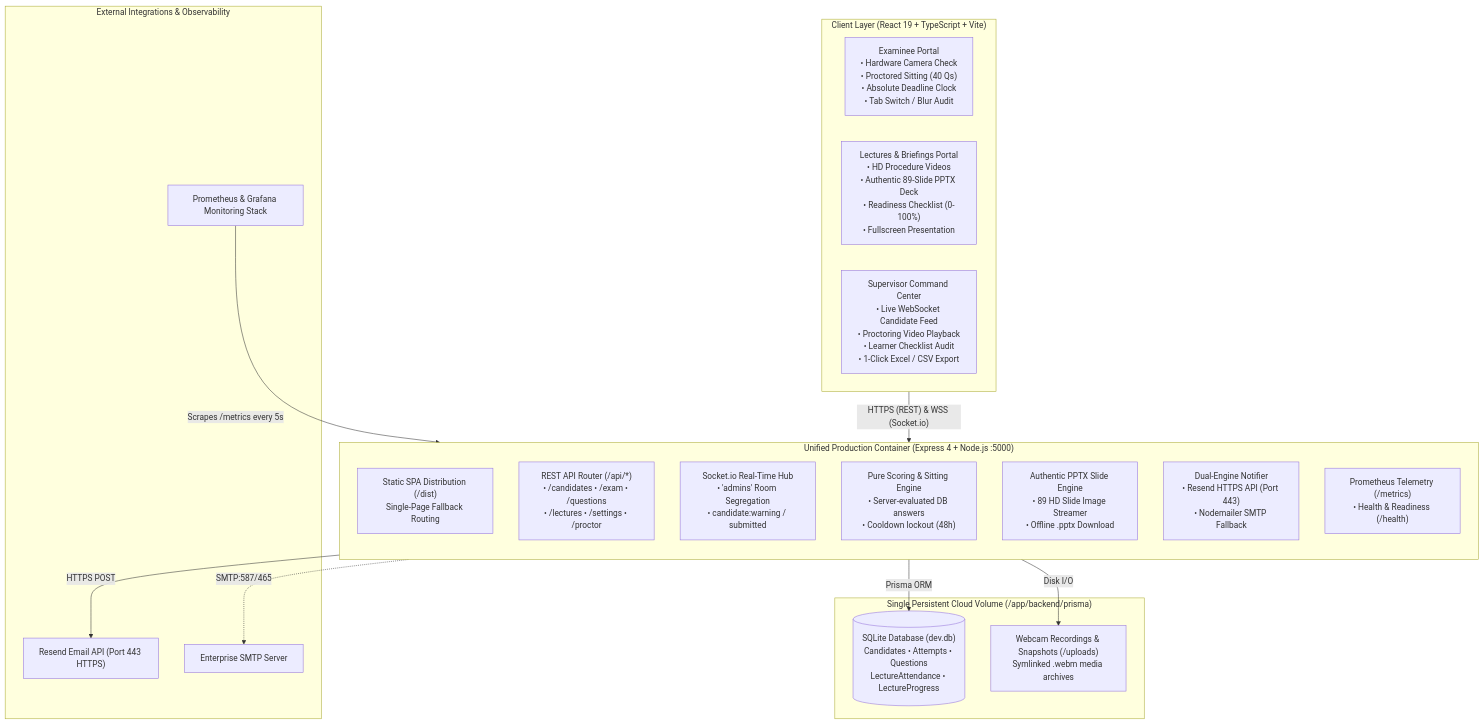
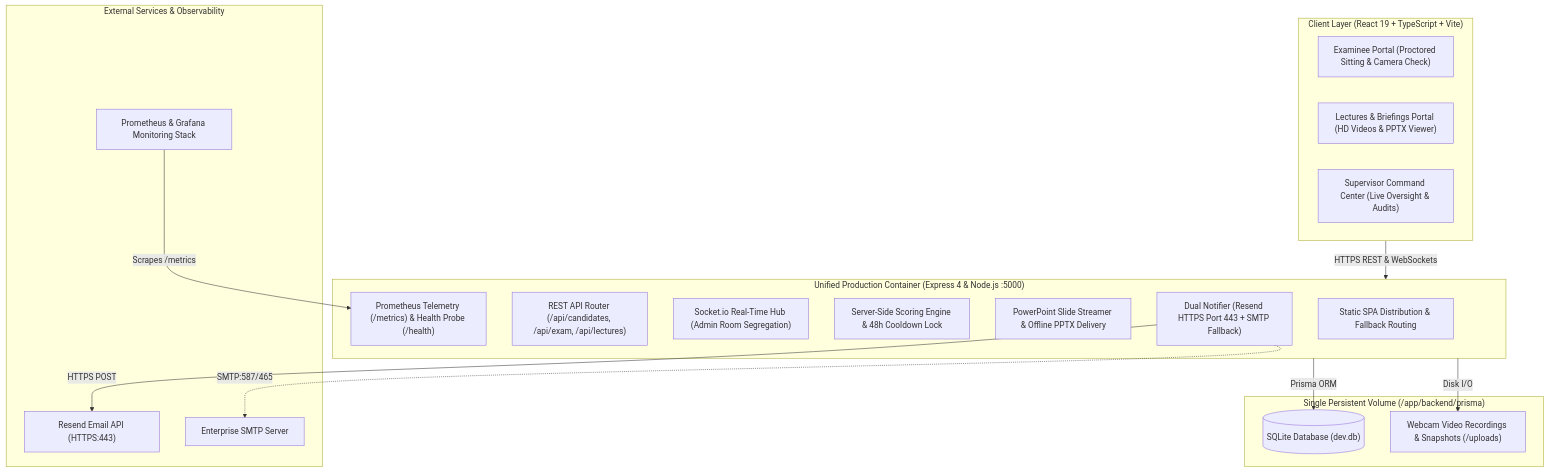
Before and after one commit to Youssef22Ashraf/exam-sys: the diagram in README.md, drawn with Mermaid.

Commit message:
fix(docs): fix Mermaid diagram syntax for GitHub renderer

````diff
--- a/README.md
+++ b/README.md
@@ -67,38 +67,36 @@
 ```mermaid
 flowchart TD
-    subgraph CLIENT_LAYER["Client Layer (React 19 + TypeScript + Vite)"]
-        direction LR
-        EP["Examinee Portal<br/>• Hardware Camera Check<br/>• Proctored Sitting (40 Qs)<br/>• Absolute Deadline Clock<br/>• Tab Switch / Blur Audit"]
-        LP["Lectures & Briefings Portal<br/>• HD Procedure Videos<br/>• Authentic 89-Slide PPTX Deck<br/>• Readiness Checklist (0-100%)<br/>• Fullscreen Presentation"]
-        AC["Supervisor Command Center<br/>• Live WebSocket Candidate Feed<br/>• Proctoring Video Playback<br/>• Learner Checklist Audit<br/>• 1-Click Excel / CSV Export"]
+    subgraph CLIENT["Client Layer (React 19 + TypeScript + Vite)"]
+        EP["Examinee Portal (Proctored Sitting & Camera Check)"]
+        LP["Lectures & Briefings Portal (HD Videos & PPTX Viewer)"]
+        AC["Supervisor Command Center (Live Oversight & Audits)"]
     end
 
-    subgraph SERVER_LAYER["Unified Production Container (Express 4 + Node.js :5000)"]
-        direction TB
-        SPA["Static SPA Distribution (/dist)<br/>Single-Page Fallback Routing"]
-        API["REST API Router (/api/*)<br/>• /candidates • /exam • /questions<br/>• /lectures • /settings • /proctor"]
-        WS["Socket.io Real-Time Hub<br/>• 'admins' Room Segregation<br/>• candidate:warning / submitted"]
-        SCORE["Pure Scoring & Sitting Engine<br/>• Server-evaluated DB answers<br/>• Cooldown lockout (48h)"]
-        SLIDES["Authentic PPTX Slide Engine<br/>• 89 HD Slide Image Streamer<br/>• Offline .pptx Download"]
-        NOTIF["Dual-Engine Notifier<br/>• Resend HTTPS API (Port 443)<br/>• Nodemailer SMTP Fallback"]
-        PROM["Prometheus Telemetry (/metrics)<br/>• Health & Readiness (/health)"]
+    subgraph SERVER["Unified Production Container (Express 4 & Node.js :5000)"]
+        SPA["Static SPA Distribution & Fallback Routing"]
+        API["REST API Router (/api/candidates, /api/exam, /api/lectures)"]
+        WS["Socket.io Real-Time Hub (Admin Room Segregation)"]
+        SCORE["Server-Side Scoring Engine & 48h Cooldown Lock"]
+        SLIDES["PowerPoint Slide Streamer & Offline PPTX Delivery"]
+        NOTIF["Dual Notifier (Resend HTTPS Port 443 + SMTP Fallback)"]
+        PROM["Prometheus Telemetry (/metrics) & Health Probe (/health)"]
     end
 
-    subgraph STORAGE_LAYER["Single Persistent Cloud Volume (/app/backend/prisma)"]
-        DB[("SQLite Database (dev.db)<br/>Candidates • Attempts • Questions<br/>LectureAttendance • LectureProgress")]
-        UPLOADS["Webcam Recordings & Snapshots (/uploads)<br/>Symlinked .webm media archives"]
+    subgraph STORAGE["Single Persistent Volume (/app/backend/prisma)"]
+        DB[("SQLite Database (dev.db)")]
+        UPLOADS["Webcam Video Recordings & Snapshots (/uploads)"]
     end
 
-    subgraph EXTERNAL_SERVICES["External Integrations & Observability"]
-        RESEND["Resend Email API (Port 443 HTTPS)"]
+    subgraph MONITORING["External Services & Observability"]
+        RESEND["Resend Email API (HTTPS:443)"]
         SMTP["Enterprise SMTP Server"]
         GRAF["Prometheus & Grafana Monitoring Stack"]
     end
 
-    CLIENT_LAYER -->|"HTTPS (REST) & WSS (Socket.io)"| SERVER_LAYER
-    SERVER_LAYER -->|"Prisma ORM"| DB
-    SERVER_LAYER -->|"Disk I/O"| UPLOADS
+    CLIENT -->|"HTTPS REST & WebSockets"| SERVER
+    SERVER -->|"Prisma ORM"| DB
+    SERVER -->|"Disk I/O"| UPLOADS
     NOTIF -->|"HTTPS POST"| RESEND
     NOTIF -.->|"SMTP:587/465"| SMTP
-    GRAF -->|"Scrapes /metrics every 5s"| PROM
+    GRAF -->|"Scrapes /metrics"| PROM
 ```
````
